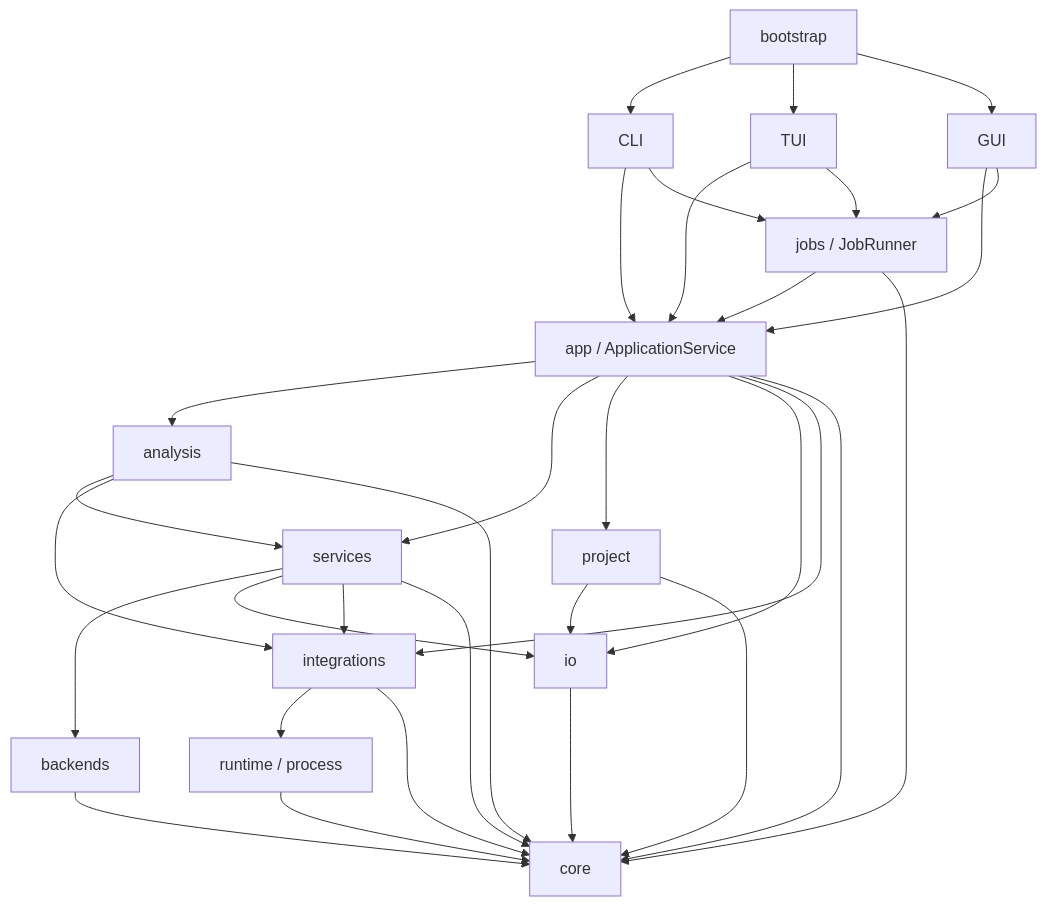
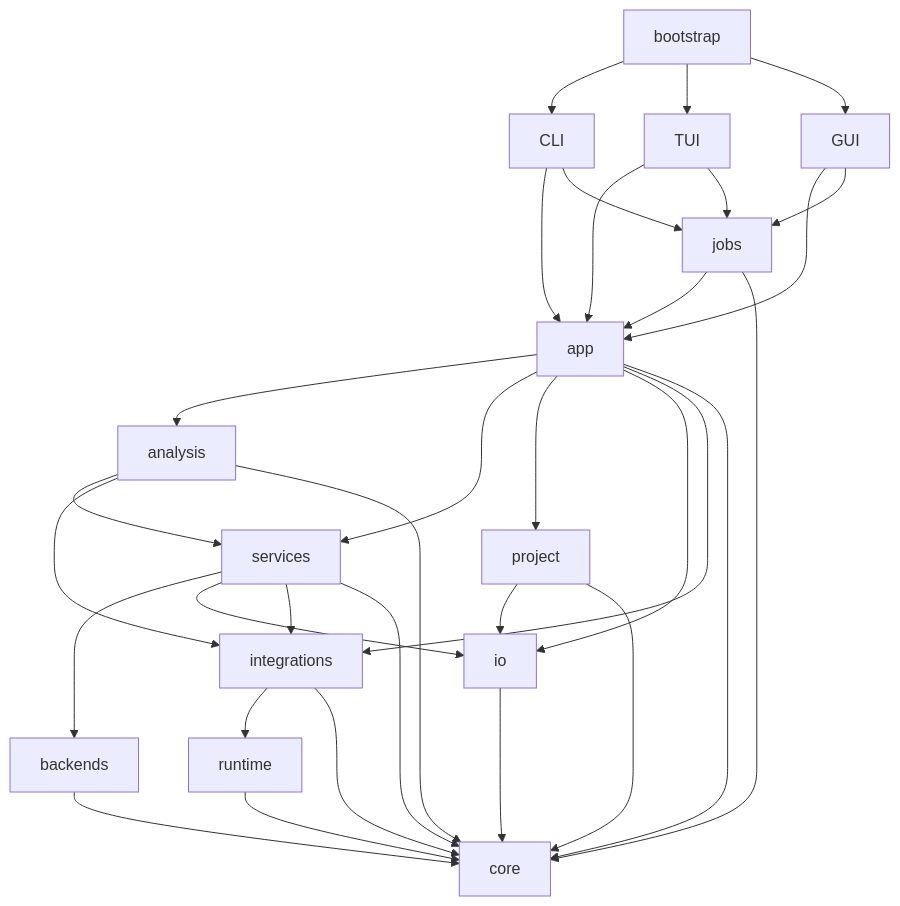
Before and after one commit to Emptope/MDHelper: the diagram in docs/ARCHITECTURE.md, drawn with Mermaid. The commit also changed other lines of this file and 28 other files, not shown here.

````diff
--- a/docs/ARCHITECTURE.md
+++ b/docs/ARCHITECTURE.md
@@ -31,38 +24,34 @@
 ```mermaid
 flowchart TB
     Bootstrap[bootstrap] --> CLI
     Bootstrap --> TUI
     Bootstrap --> GUI
-
-    CLI --> App[app / ApplicationService]
+    CLI --> App[app]
     TUI --> App
     GUI --> App
-    CLI --> Jobs[jobs / JobRunner]
+    CLI --> Jobs[jobs]
     TUI --> Jobs
     GUI --> Jobs
     Jobs --> App
-
     App --> Analysis[analysis]
     App --> Services[services]
     App --> Project[project]
     App --> IO[io]
     App --> Integrations[integrations]
-
     Analysis --> Services
     Analysis --> Integrations
     Services --> Backends[backends]
     Services --> IO
     Services --> Integrations
     Project --> IO
-    Integrations --> Runtime[runtime / process]
-
+    Integrations --> Runtime[runtime]
     App --> Core[core]
     Jobs --> Core
     Analysis --> Core
     Services --> Core
     Project --> Core
     IO --> Core
     Integrations --> Core
     Backends --> Core
     Runtime --> Core
 ```
````
